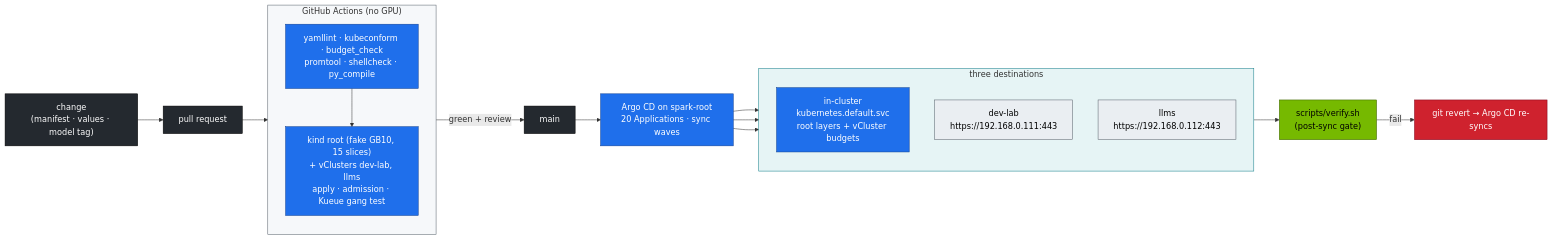
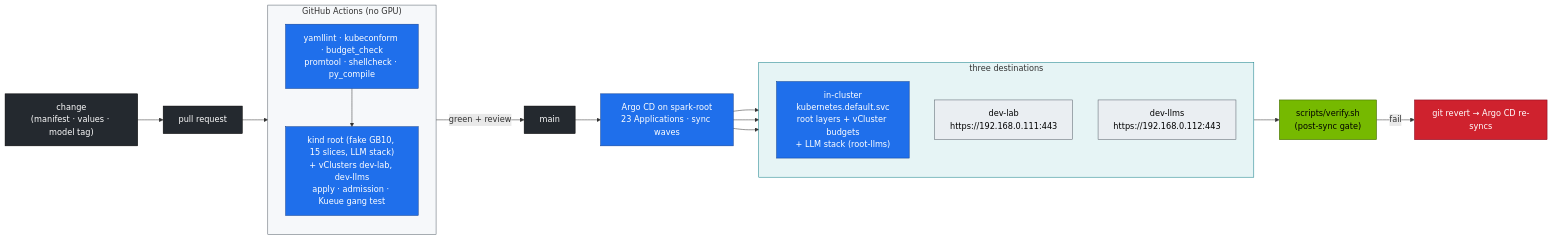
The diagram in 02-Kubernetes/28-production-mlops-and-gitops.md (cloudone365/technical-depth), drawn with Mermaid before and after one commit. The commit also changed other lines of this file and 58 other files, not shown here.

First line of the commit message:
Docs: dev-llms sandbox vCluster, LLM stack on the root, shared ~90 GiB pool, headless DGX OS

````diff
--- a/02-Kubernetes/28-production-mlops-and-gitops.md
+++ b/02-Kubernetes/28-production-mlops-and-gitops.md
@@ -17,33 +17,33 @@
 ```mermaid
 flowchart LR
   DEV["change<br/>(manifest · values · model tag)"] --> PR["pull request"]
   subgraph CI["GitHub Actions (no GPU)"]
     direction TB
     S1["yamllint · kubeconform · budget_check<br/>promtool · shellcheck · py_compile"]
-    S2["kind root (fake GB10, 15 slices)<br/>+ vClusters dev-lab, llms<br/>apply · admission · Kueue gang test"]
+    S2["kind root (fake GB10, 15 slices, LLM stack)<br/>+ vClusters dev-lab, dev-llms<br/>apply · admission · Kueue gang test"]
     S1 --> S2
   end
   PR --> CI -->|green + review| MAIN["main"]
-  MAIN --> ARGO["Argo CD on spark-root<br/>20 Applications · sync waves"]
+  MAIN --> ARGO["Argo CD on spark-root<br/>23 Applications · sync waves"]
   subgraph DEST["three destinations"]
     direction TB
-    R["in-cluster<br/>kubernetes.default.svc<br/>root layers + vCluster budgets"]
+    R["in-cluster<br/>kubernetes.default.svc<br/>root layers + vCluster budgets<br/>+ LLM stack (root-llms)"]
     D["dev-lab<br/>https://192.168.0.111:443"]
-    L["llms<br/>https://192.168.0.112:443"]
+    L["dev-llms<br/>https://192.168.0.112:443"]
   end
   ARGO --> R & D & L
   DEST --> VER["scripts/verify.sh<br/>(post-sync gate)"]
   VER -->|fail| RB["git revert → Argo CD re-syncs"]
   classDef ctrl fill:#1f6feb,stroke:#0b3d91,color:#fff
   classDef gpu fill:#76b900,stroke:#3d6000,color:#000
   classDef sec fill:#cf222e,stroke:#82071e,color:#fff
   classDef ext fill:#24292f,stroke:#000,color:#fff
   classDef tenant fill:#eaeef2,stroke:#57606a,color:#000
   class S1,S2,ARGO,R ctrl
   class D,L tenant
   class VER gpu
   class RB sec
   class DEV,PR,MAIN ext
   style CI fill:#f6f8fa,stroke:#57606a
   style DEST fill:#e6f4f5,stroke:#0e7c86
 ```
````
